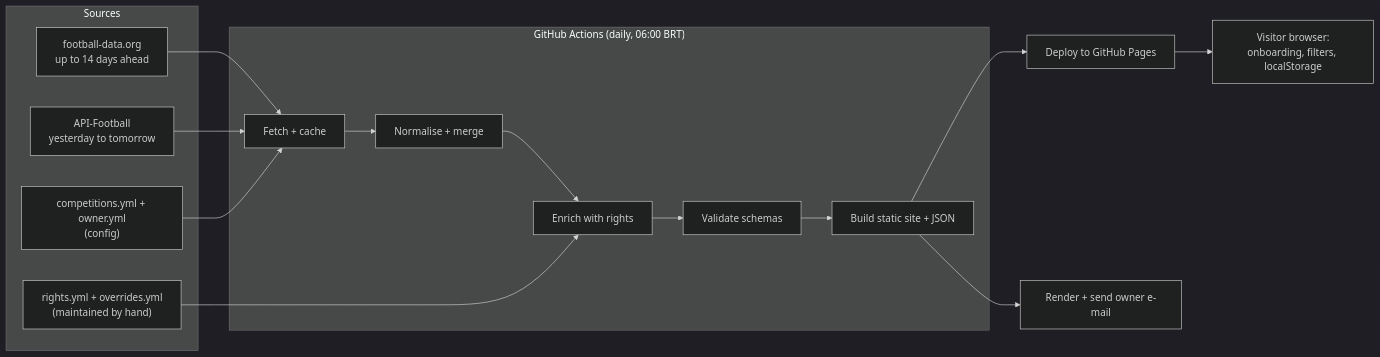
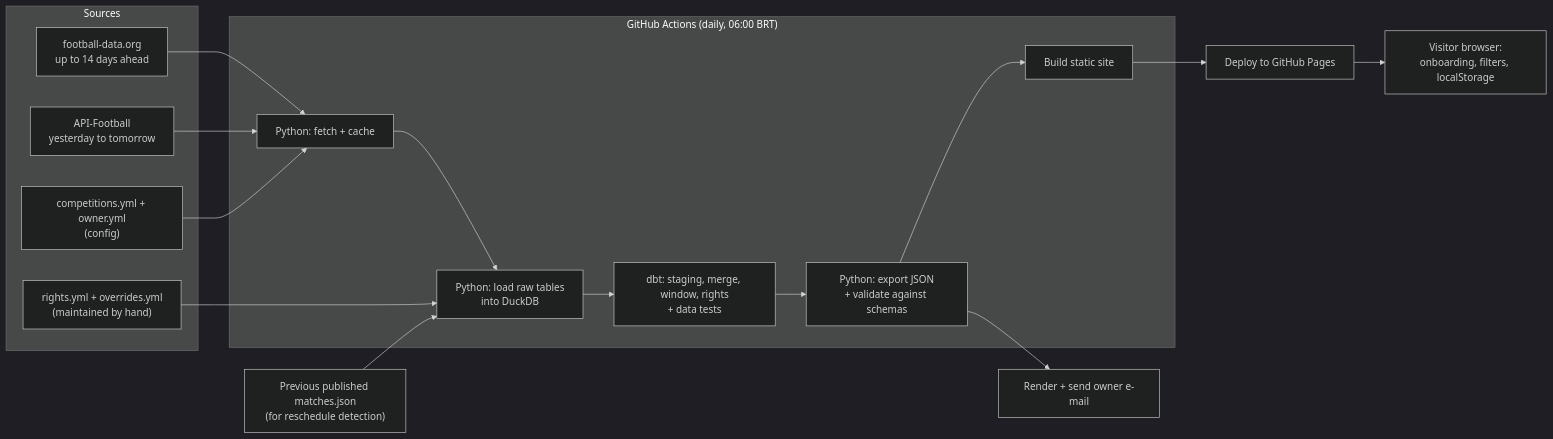
The diagram in docs/architecture.md (raissonls/ubi-ludus), drawn with Mermaid (dark theme) before and after one commit. The commit also changed other lines of this file and 4 other files, not shown here.

First line of the commit message:
ADR-002: dbt and Python together, on DuckDB (#62)

````diff
--- a/docs/architecture.md
+++ b/docs/architecture.md
@@ -11,22 +11,24 @@
 ```mermaid
 flowchart LR
     subgraph Sources
       FD["football-data.org<br/>up to 14 days ahead"]
       AF["API-Football<br/>yesterday to tomorrow"]
       R["rights.yml + overrides.yml<br/>(maintained by hand)"]
       C["competitions.yml + owner.yml<br/>(config)"]
     end
+    P["Previous published matches.json<br/>(for reschedule detection)"]
     subgraph "GitHub Actions (daily, 06:00 BRT)"
-      F[Fetch + cache] --> N[Normalise + merge]
-      N --> E[Enrich with rights]
-      E --> V[Validate schemas]
-      V --> B[Build static site + JSON]
+      F["Python: fetch + cache"] --> L["Python: load raw tables<br/>into DuckDB"]
+      L --> T["dbt: staging, merge, window, rights<br/>+ data tests"]
+      T --> X["Python: export JSON<br/>+ validate against schemas"]
+      X --> B[Build static site]
     end
     FD --> F
     AF --> F
     C --> F
-    R --> E
+    R --> L
+    P --> L
     B --> D[Deploy to GitHub Pages]
-    B --> M[Render + send owner e-mail]
+    X --> M[Render + send owner e-mail]
     D --> U["Visitor browser:<br/>onboarding, filters, localStorage"]
 ```
````
